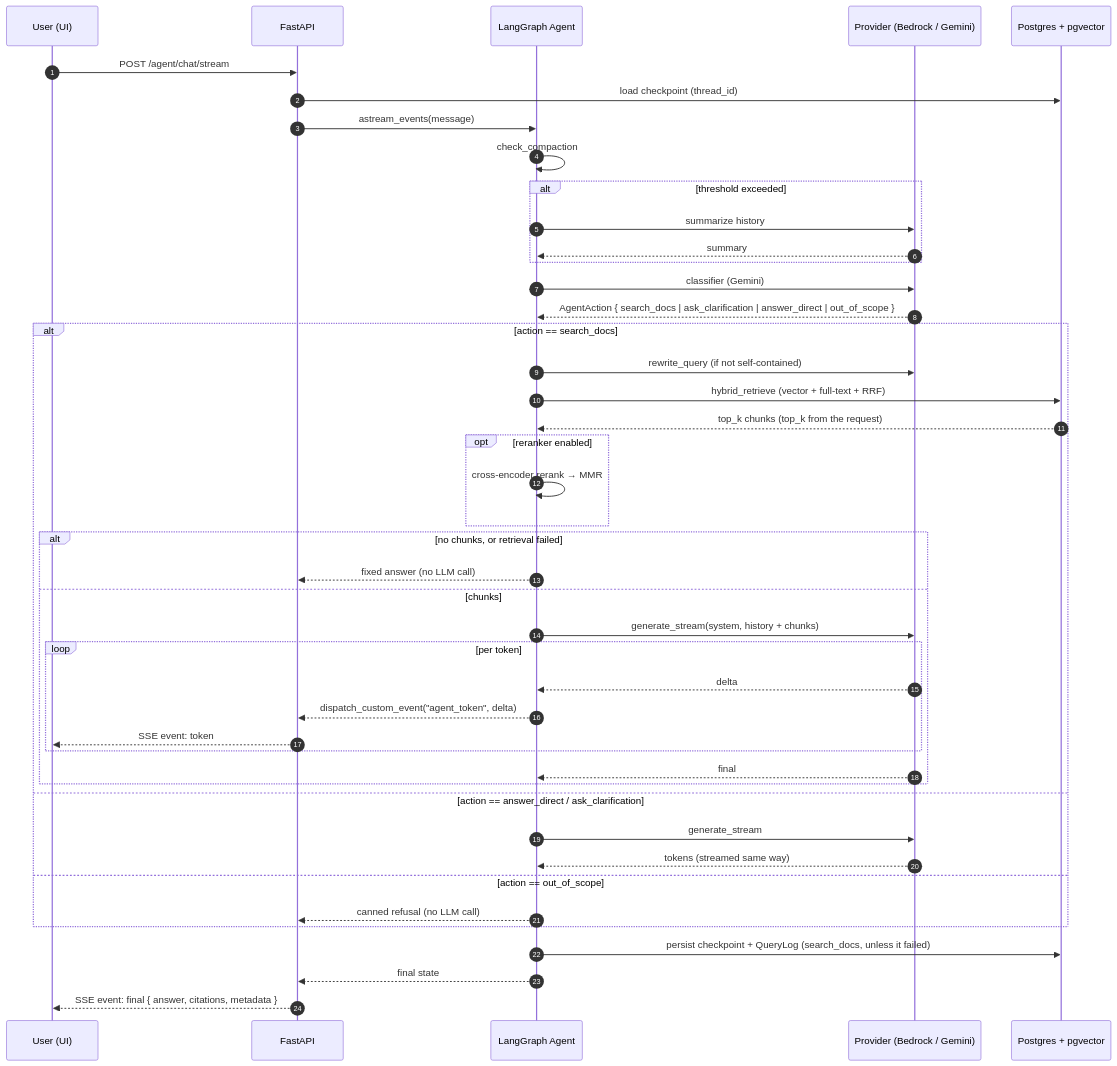
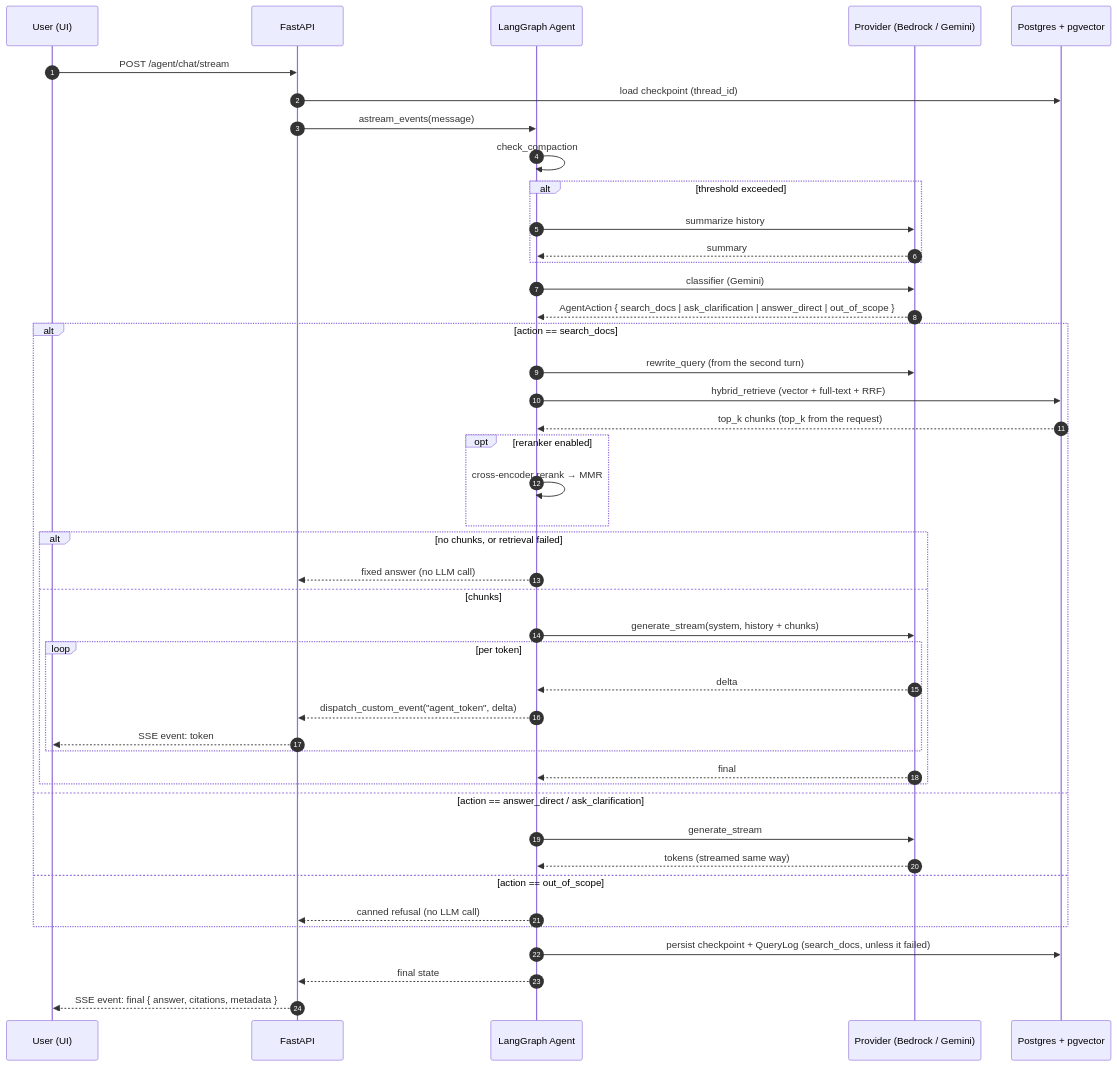
One commit to FrancoCazal/WhisperDocs changed the second of 4 diagrams in ARCHITECTURE.md. Above: the diagram before and after it, drawn with Mermaid. The commit also changed 3 other files, not shown here.

First line of the commit message:
perf(agent): skip the query rewrite on a conversation's first message

````diff
--- a/ARCHITECTURE.md
+++ b/ARCHITECTURE.md
@@ -95,47 +95,47 @@
 ```mermaid
 sequenceDiagram
   autonumber
   participant U as User (UI)
   participant API as FastAPI
   participant G as LangGraph Agent
   participant LLM as Provider (Bedrock / Gemini)
   participant DB as Postgres + pgvector
 
   U->>API: POST /agent/chat/stream
   API->>DB: load checkpoint (thread_id)
   API->>G: astream_events(message)
   G->>G: check_compaction
   alt threshold exceeded
     G->>LLM: summarize history
     LLM-->>G: summary
   end
   G->>LLM: classifier (Gemini)
   LLM-->>G: AgentAction { search_docs | ask_clarification | answer_direct | out_of_scope }
   alt action == search_docs
-    G->>LLM: rewrite_query (if not self-contained)
+    G->>LLM: rewrite_query (from the second turn)
     G->>DB: hybrid_retrieve (vector + full-text + RRF)
     DB-->>G: top_k chunks (top_k from the request)
     opt reranker enabled
       G->>G: cross-encoder rerank → MMR
     end
     alt no chunks, or retrieval failed
       G-->>API: fixed answer (no LLM call)
     else chunks
       G->>LLM: generate_stream(system, history + chunks)
       loop per token
         LLM-->>G: delta
         G-->>API: dispatch_custom_event("agent_token", delta)
         API-->>U: SSE event: token
       end
       LLM-->>G: final
     end
   else action == answer_direct / ask_clarification
     G->>LLM: generate_stream
     LLM-->>G: tokens (streamed same way)
   else action == out_of_scope
     G-->>API: canned refusal (no LLM call)
   end
   G->>DB: persist checkpoint + QueryLog (search_docs, unless it failed)
   G-->>API: final state
   API-->>U: SSE event: final { answer, citations, metadata }
 ```
````
